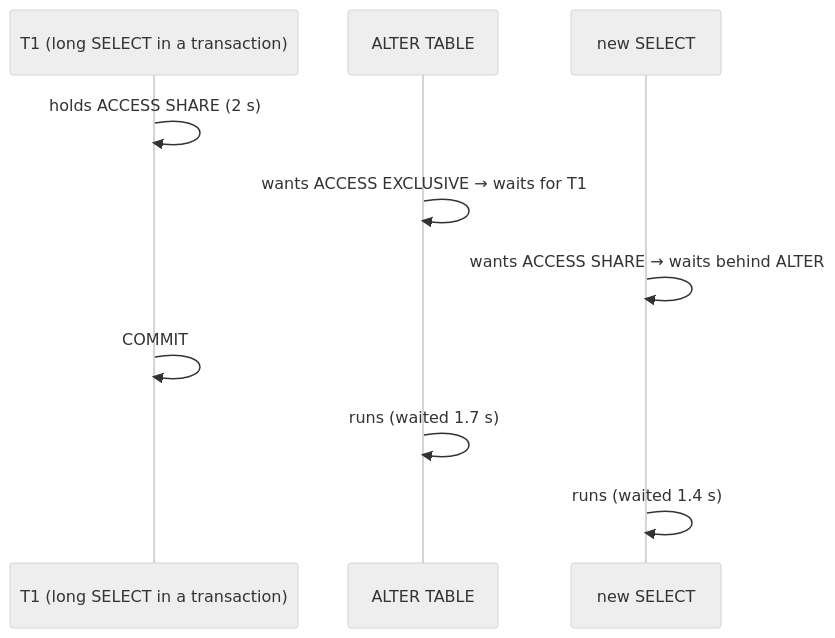
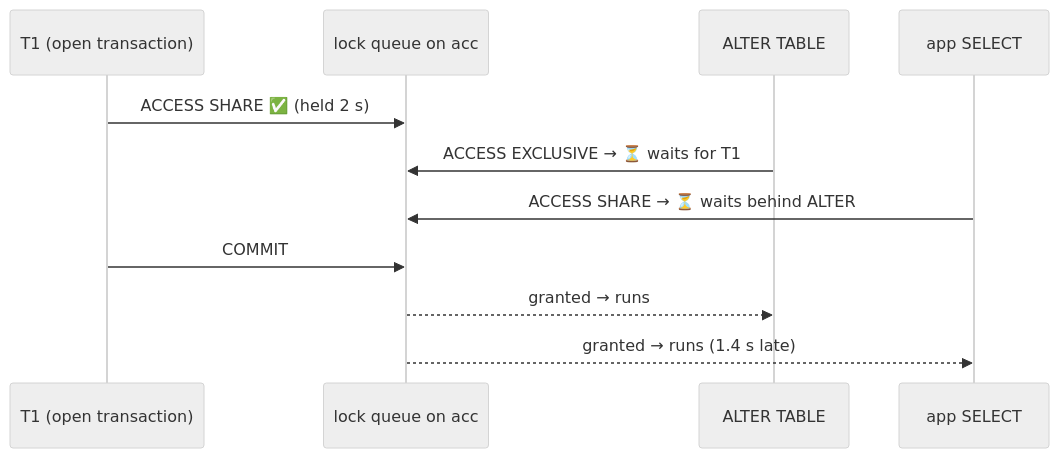
One commit to wesamkhateeb98-creator/postgresql-zero-to-hero changed the fifth of 6 diagrams in Doc/06-transactions-mvcc/04-locks-deadlocks.md. Above: the diagram before and after it, drawn with Mermaid (neutral theme). The commit also changed other lines of this file and 2 other files, not shown here.

````diff
--- a/Doc/06-transactions-mvcc/04-locks-deadlocks.md
+++ b/Doc/06-transactions-mvcc/04-locks-deadlocks.md
@@ -146,12 +259,13 @@
 ```mermaid
 sequenceDiagram
-    participant T1 as T1 (long SELECT in a transaction)
+    participant T1 as T1 (open transaction)
+    participant Q as lock queue on acc
     participant A as ALTER TABLE
-    participant S as new SELECT
-    T1->>T1: holds ACCESS SHARE (2 s)
-    A->>A: wants ACCESS EXCLUSIVE → waits for T1
-    S->>S: wants ACCESS SHARE → waits behind ALTER
-    T1->>T1: COMMIT
-    A->>A: runs (waited 1.7 s)
-    S->>S: runs (waited 1.4 s)
+    participant S as app SELECT
+    T1->>Q: ACCESS SHARE ✅ (held 2 s)
+    A->>Q: ACCESS EXCLUSIVE → ⏳ waits for T1
+    S->>Q: ACCESS SHARE → ⏳ waits behind ALTER
+    T1->>Q: COMMIT
+    Q-->>A: granted → runs
+    Q-->>S: granted → runs (1.4 s late)
 ```
````
